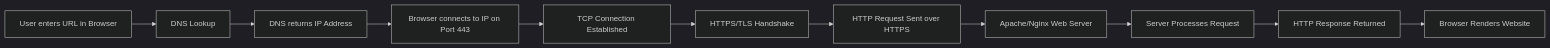
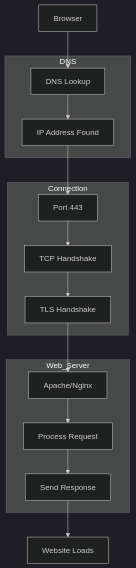
Before and after one commit to saadmaster-sec/Cybersecurity-journey: the diagram in Cybersecurity-notes/Ports.md, drawn with Mermaid (dark theme).

````diff
--- a/Cybersecurity-notes/Ports.md
+++ b/Cybersecurity-notes/Ports.md
@@ -464,25 +464,25 @@
 ```mermaid
-flowchart LR
-    A[User enters URL in Browser]
-    B[DNS Lookup]
-    C[DNS returns IP Address]
-    D[Browser connects to IP on Port 443]
-    E[TCP Connection Established]
-    F[HTTPS/TLS Handshake]
-    G[HTTP Request Sent over HTTPS]
-    H[Apache/Nginx Web Server]
-    I[Server Processes Request]
-    J[HTTP Response Returned]
-    K[Browser Renders Website]
+flowchart TD
+    A[Browser]
 
-    A --> B
-    B --> C
-    C --> D
-    D --> E
-    E --> F
-    F --> G
-    G --> H
-    H --> I
-    I --> J
-    J --> K
+    subgraph DNS
+        B[DNS Lookup]
+        C[IP Address Found]
+    end
+
+    subgraph Connection
+        D[Port 443]
+        E[TCP Handshake]
+        F[TLS Handshake]
+    end
+
+    subgraph Web_Server
+        G[Apache/Nginx]
+        H[Process Request]
+        I[Send Response]
+    end
+
+    J[Website Loads]
+
+    A --> B --> C --> D --> E --> F --> G --> H --> I --> J
 ```
````
